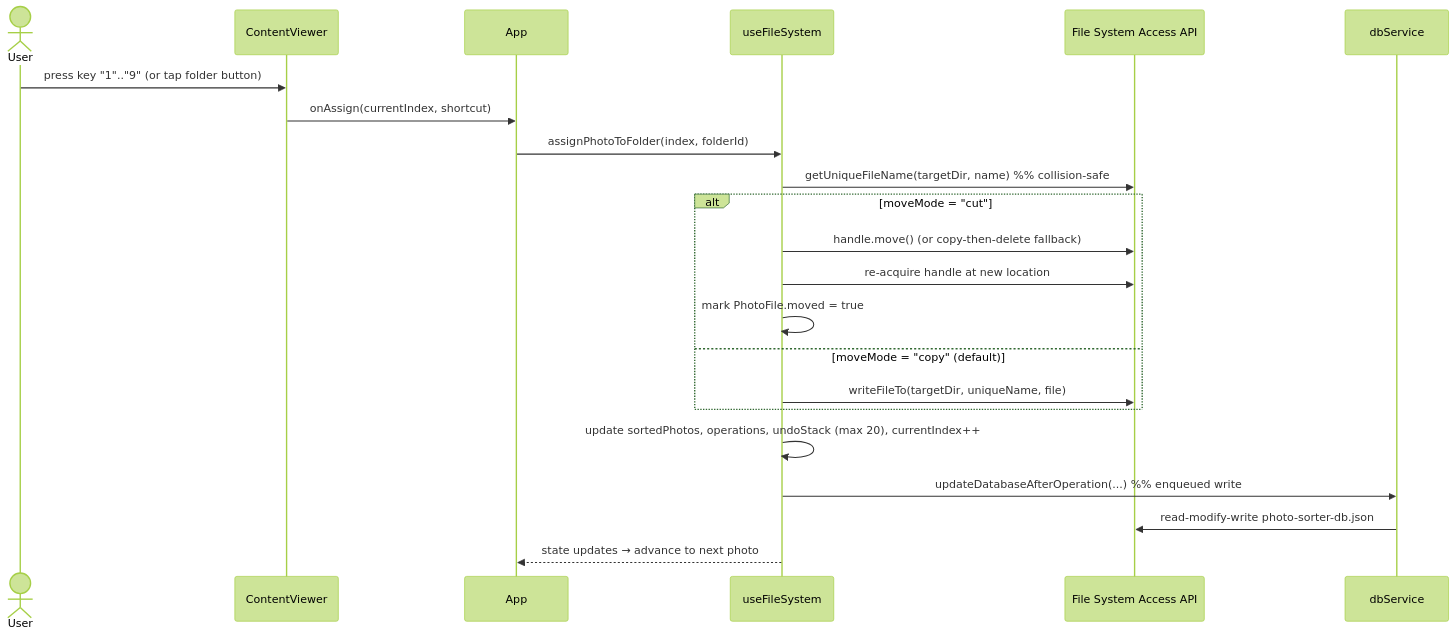
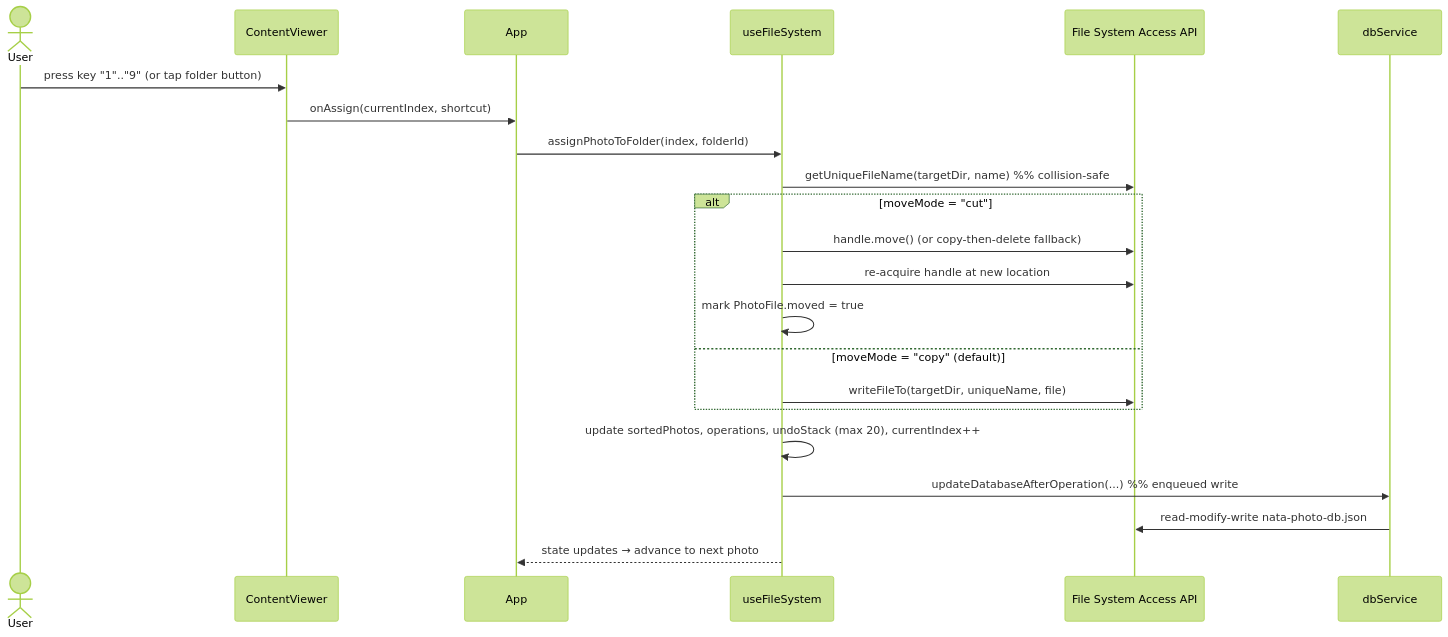
Before and after one commit to frama21/photo-sorter: the fifth of 10 diagrams in docs/ARCHITECTURE.md, drawn with Mermaid (forest theme). The commit also changed other lines of this file and 149 other files, not shown here.

````diff
--- a/docs/ARCHITECTURE.md
+++ b/docs/ARCHITECTURE.md
@@ -247,25 +265,25 @@
 ```mermaid
 sequenceDiagram
     actor U as User
     participant CV as ContentViewer
     participant A as App
     participant H as useFileSystem
     participant FS as File System Access API
     participant DB as dbService
 
     U->>CV: press key "1".."9" (or tap folder button)
     CV->>A: onAssign(currentIndex, shortcut)
     A->>H: assignPhotoToFolder(index, folderId)
     H->>FS: getUniqueFileName(targetDir, name)  %% collision-safe
     alt moveMode = "cut"
         H->>FS: handle.move() (or copy-then-delete fallback)
         H->>FS: re-acquire handle at new location
         H->>H: mark PhotoFile.moved = true
     else moveMode = "copy" (default)
         H->>FS: writeFileTo(targetDir, uniqueName, file)
     end
     H->>H: update sortedPhotos, operations, undoStack (max 20), currentIndex++
     H->>DB: updateDatabaseAfterOperation(...)  %% enqueued write
-    DB->>FS: read-modify-write photo-sorter-db.json
+    DB->>FS: read-modify-write nata-photo-db.json
     H-->>A: state updates → advance to next photo
 ```
````
